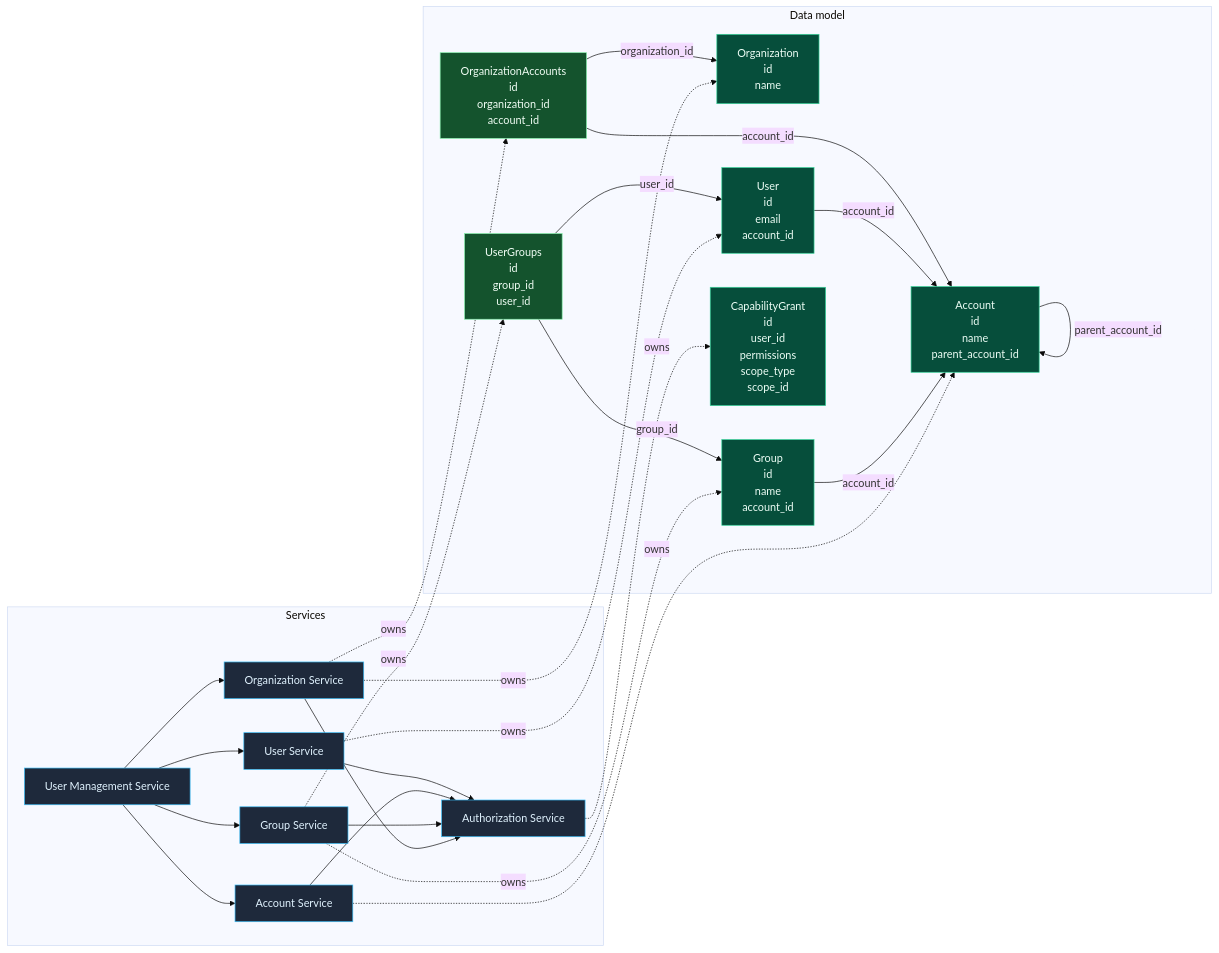
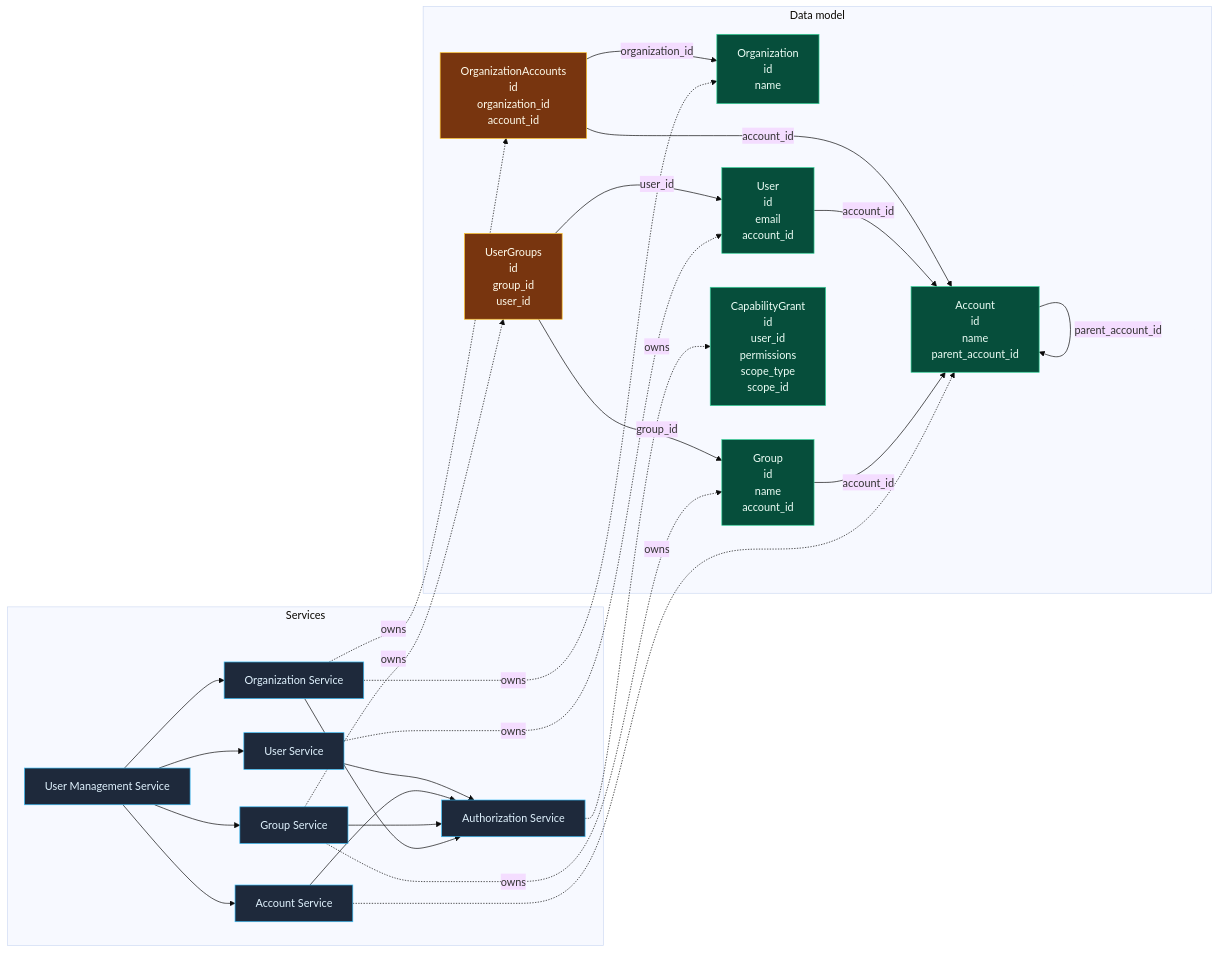
One commit to meleneth/whirred-io changed the first of 5 diagrams in docs/articles/series/IAM-System-Demo/graphql-auth-explosion-case-study.md. Above: the diagram before and after it, drawn with Mermaid (base theme). The commit also changed other lines of this file and 10 other files, not shown here.

Commit message:
Refine IAM case study overview and diagrams

````diff
--- a/docs/articles/series/IAM-System-Demo/graphql-auth-explosion-case-study.md
+++ b/docs/articles/series/IAM-System-Demo/graphql-auth-explosion-case-study.md
@@ -82,54 +44,54 @@
 ```mermaid
 flowchart LR
   classDef service fill:#1e293b,stroke:#38bdf8,color:#e0f2fe
   classDef model fill:#064e3b,stroke:#34d399,color:#ecfdf5
-  classDef join fill:#14532d,stroke:#86efac,color:#f0fdf4
+  classDef join fill:#78350f,stroke:#fbbf24,color:#fffbeb
 
   subgraph Services
     UserManagementService[User Management Service]
     UserService[User Service]
     OrganizationService[Organization Service]
     AccountService[Account Service]
     GroupService[Group Service]
     AuthorizationService[Authorization Service]
   end
 
   subgraph Data_Model[Data model]
     Account["Account<br/>id<br/>name<br/>parent_account_id"]
     Organization["Organization<br/>id<br/>name"]
     OrganizationAccounts["OrganizationAccounts<br/>id<br/>organization_id<br/>account_id"]
     User["User<br/>id<br/>email<br/>account_id"]
     Group["Group<br/>id<br/>name<br/>account_id"]
     UserGroups["UserGroups<br/>id<br/>group_id<br/>user_id"]
     CapabilityGrant["CapabilityGrant<br/>id<br/>user_id<br/>permissions<br/>scope_type<br/>scope_id"]
   end
 
   Account -->|parent_account_id| Account
   OrganizationAccounts -->|account_id| Account
   OrganizationAccounts -->|organization_id| Organization
   User -->|account_id| Account
   Group -->|account_id| Account
   UserGroups -->|user_id| User
   UserGroups -->|group_id| Group
 
   UserService -. owns .-> User
   OrganizationService -. owns .-> Organization
   OrganizationService -. owns .-> OrganizationAccounts
   AccountService -. owns .-> Account
   GroupService -. owns .-> Group
   GroupService -. owns .-> UserGroups
   AuthorizationService -. owns .-> CapabilityGrant
 
   UserManagementService --> UserService
   UserManagementService --> OrganizationService
   UserManagementService --> AccountService
   UserManagementService --> GroupService
   UserService --> AuthorizationService
   AccountService --> AuthorizationService
   GroupService --> AuthorizationService
   OrganizationService --> AuthorizationService
 
   class UserManagementService,UserService,OrganizationService,AccountService,GroupService,AuthorizationService service
   class Account,Organization,User,Group,CapabilityGrant model
   class OrganizationAccounts,UserGroups join
 ```
````
